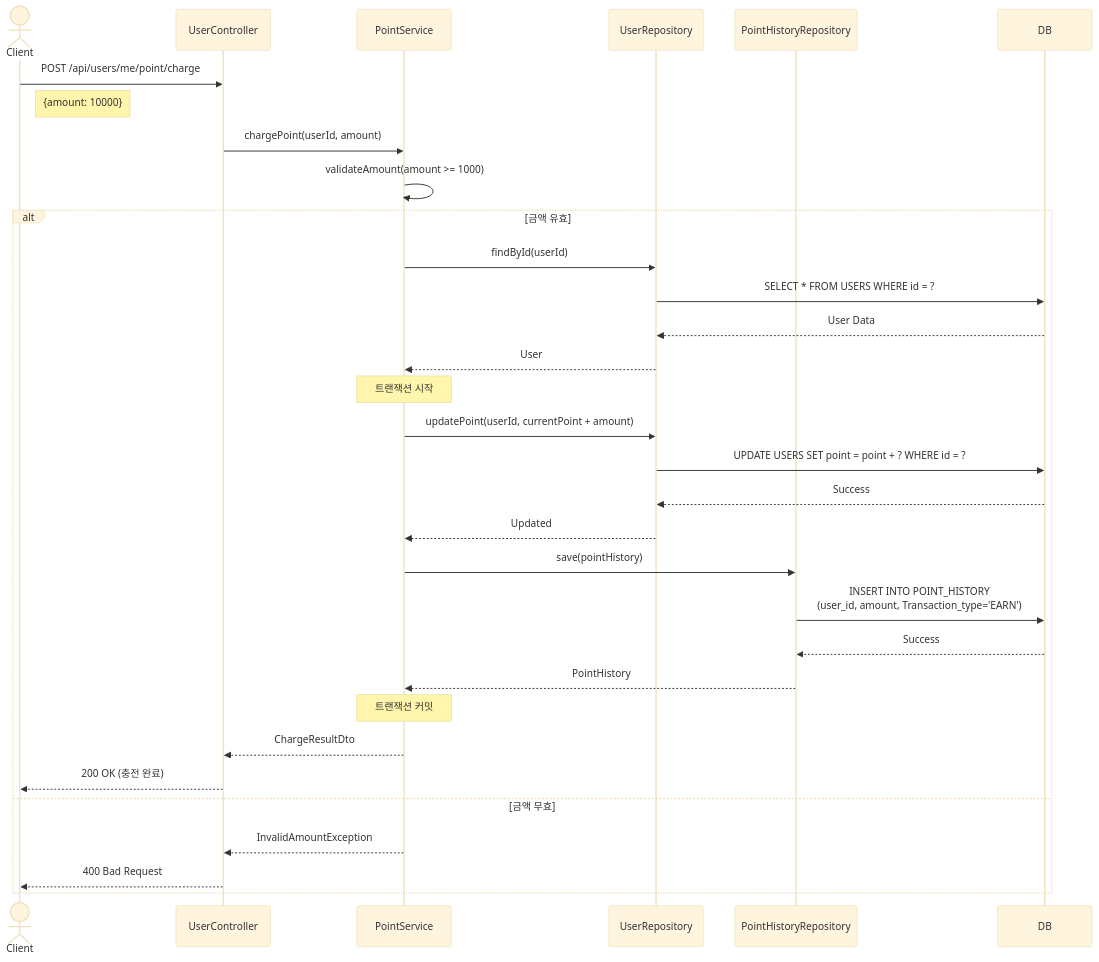
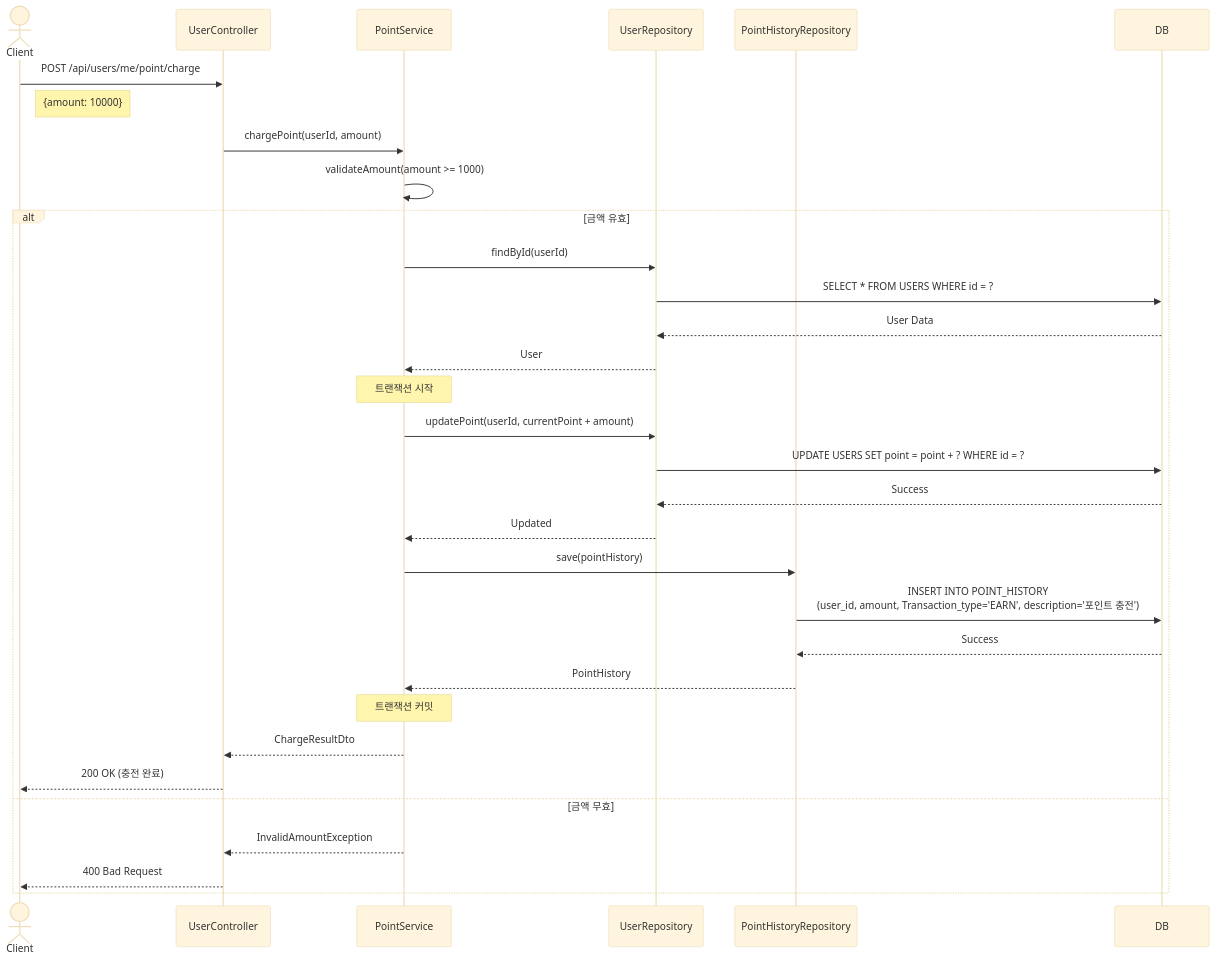
Before and after one commit to hensu2/hhplus-ecommerce: the tenth of 21 diagrams in docs/sequence-diagrams.md, drawn with Mermaid (base theme). The commit also changed other lines of this file and 48 other files, not shown here.

````diff
--- a/docs/sequence-diagrams.md
+++ b/docs/sequence-diagrams.md
@@ -450,42 +447,42 @@
 ```mermaid
 sequenceDiagram
     actor Client
     participant UserController
     participant PointService
     participant UserRepository
     participant PointHistoryRepository
     participant DB
 
     Client->>UserController: POST /api/users/me/point/charge
     Note right of Client: {amount: 10000}
     UserController->>PointService: chargePoint(userId, amount)
 
     PointService->>PointService: validateAmount(amount >= 1000)
 
     alt 금액 유효
         PointService->>UserRepository: findById(userId)
         UserRepository->>DB: SELECT * FROM USERS WHERE id = ?
         DB-->>UserRepository: User Data
         UserRepository-->>PointService: User
 
         Note over PointService: 트랜잭션 시작
 
         PointService->>UserRepository: updatePoint(userId, currentPoint + amount)
         UserRepository->>DB: UPDATE USERS SET point = point + ? WHERE id = ?
         DB-->>UserRepository: Success
         UserRepository-->>PointService: Updated
 
         PointService->>PointHistoryRepository: save(pointHistory)
-        PointHistoryRepository->>DB: INSERT INTO POINT_HISTORY<br/>(user_id, amount, Transaction_type='EARN')
+        PointHistoryRepository->>DB: INSERT INTO POINT_HISTORY<br/>(user_id, amount, Transaction_type='EARN', description='포인트 충전')
         DB-->>PointHistoryRepository: Success
         PointHistoryRepository-->>PointService: PointHistory
 
         Note over PointService: 트랜잭션 커밋
 
         PointService-->>UserController: ChargeResultDto
         UserController-->>Client: 200 OK (충전 완료)
     else 금액 무효
         PointService-->>UserController: InvalidAmountException
         UserController-->>Client: 400 Bad Request
     end
 ```
````
